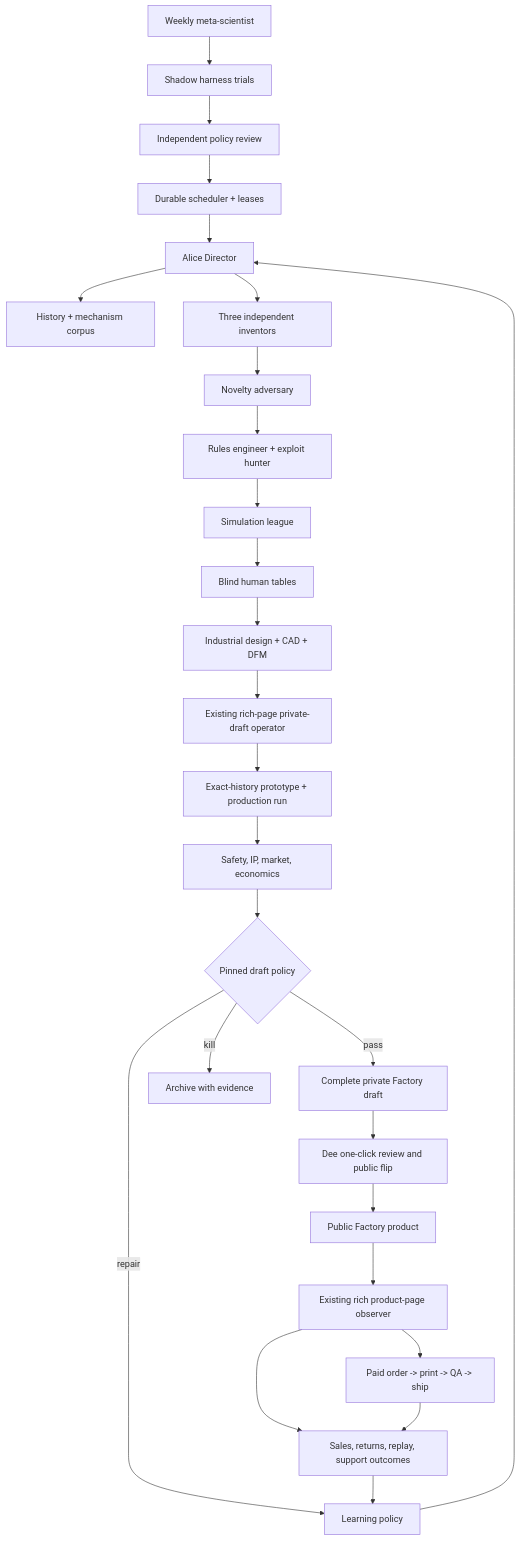
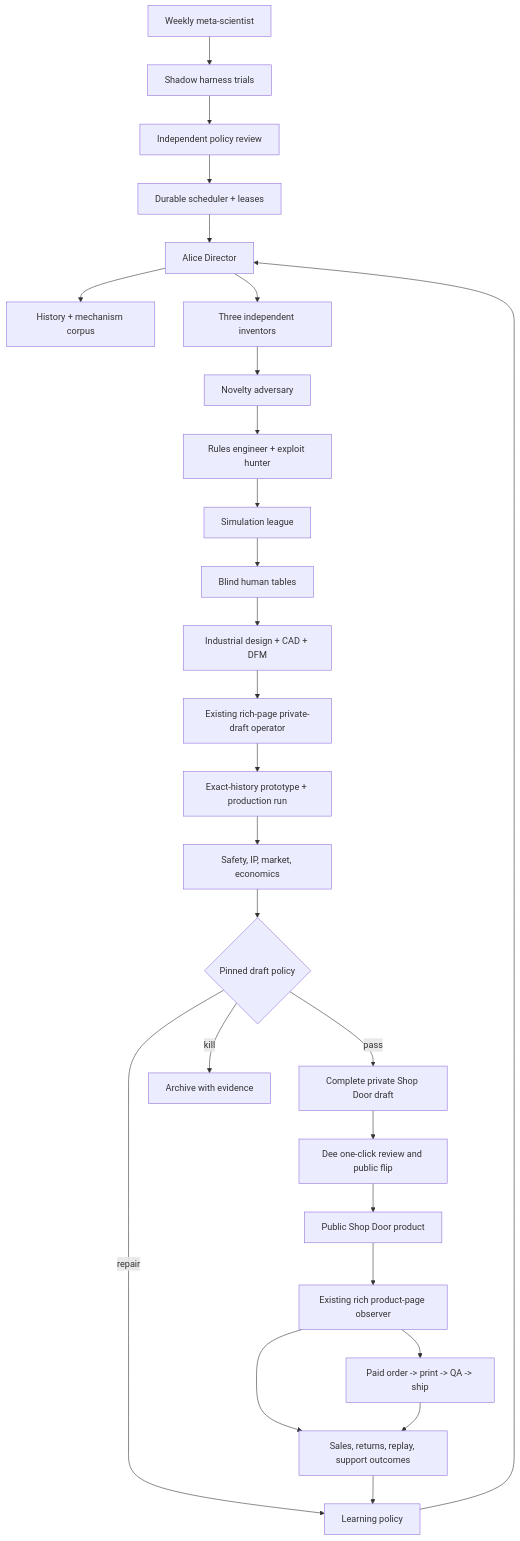
One commit to autonomous-ai/autonomous-workshop changed the diagram in inventors/alice/ARCHITECTURE.md. Above: the diagram before and after it, drawn with Mermaid. The commit also changed other lines of this file and 374 other files, not shown here.

````diff
--- a/inventors/alice/ARCHITECTURE.md
+++ b/inventors/alice/ARCHITECTURE.md
@@ -19,29 +31,29 @@
 ```mermaid
 flowchart TD
   S["Durable scheduler + leases"] --> D["Alice Director"]
   D --> H["History + mechanism corpus"]
   D --> I["Three independent inventors"]
   I --> N["Novelty adversary"]
   N --> R["Rules engineer + exploit hunter"]
   R --> P["Simulation league"]
   P --> U["Blind human tables"]
   U --> C["Industrial design + CAD + DFM"]
   C --> V["Existing rich-page private-draft operator"]
   V --> P2["Exact-history prototype + production run"]
   P2 --> M["Safety, IP, market, economics"]
   M --> G{"Pinned draft policy"}
-  G -->|pass| DRAFT["Complete private Factory draft"]
+  G -->|pass| DRAFT["Complete private Shop Door draft"]
   DRAFT --> REVIEW["Dee one-click review and public flip"]
-  REVIEW --> F["Public Factory product"]
+  REVIEW --> F["Public Shop Door product"]
   F --> W["Existing rich product-page observer"]
   G -->|repair| L["Learning policy"]
   G -->|kill| A["Archive with evidence"]
   W --> O["Sales, returns, replay, support outcomes"]
   W --> Q["Paid order -> print -> QA -> ship"]
   Q --> O
   O --> L
   L --> D
   X["Weekly meta-scientist"] --> Y["Shadow harness trials"]
   Y --> Z["Independent policy review"]
   Z --> S
 ```
````
